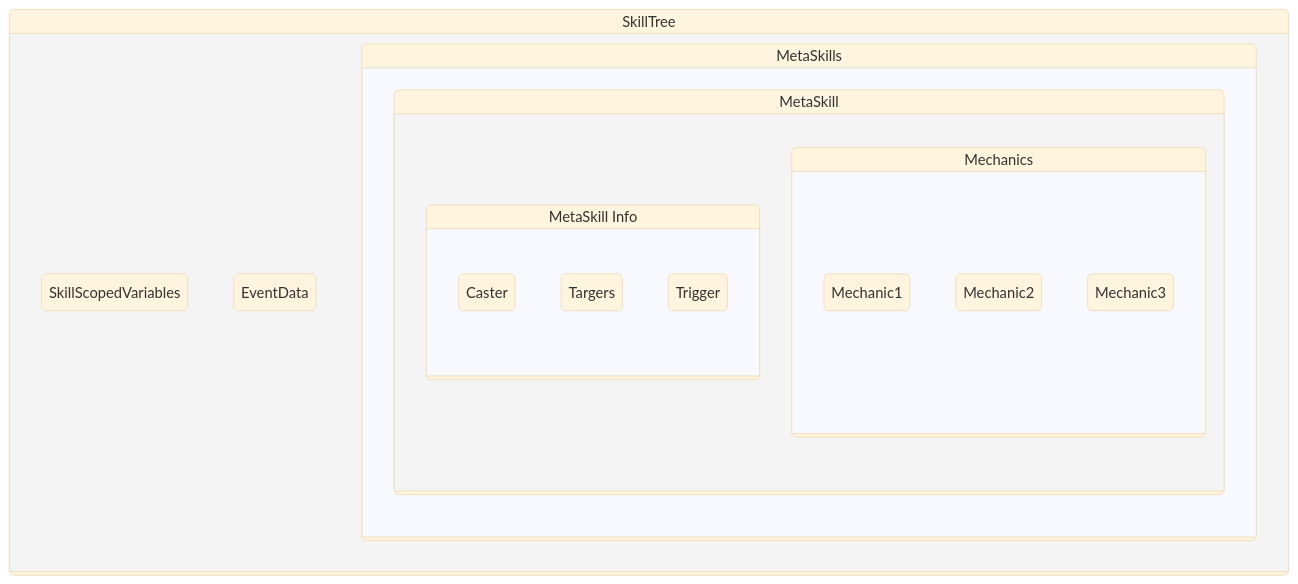
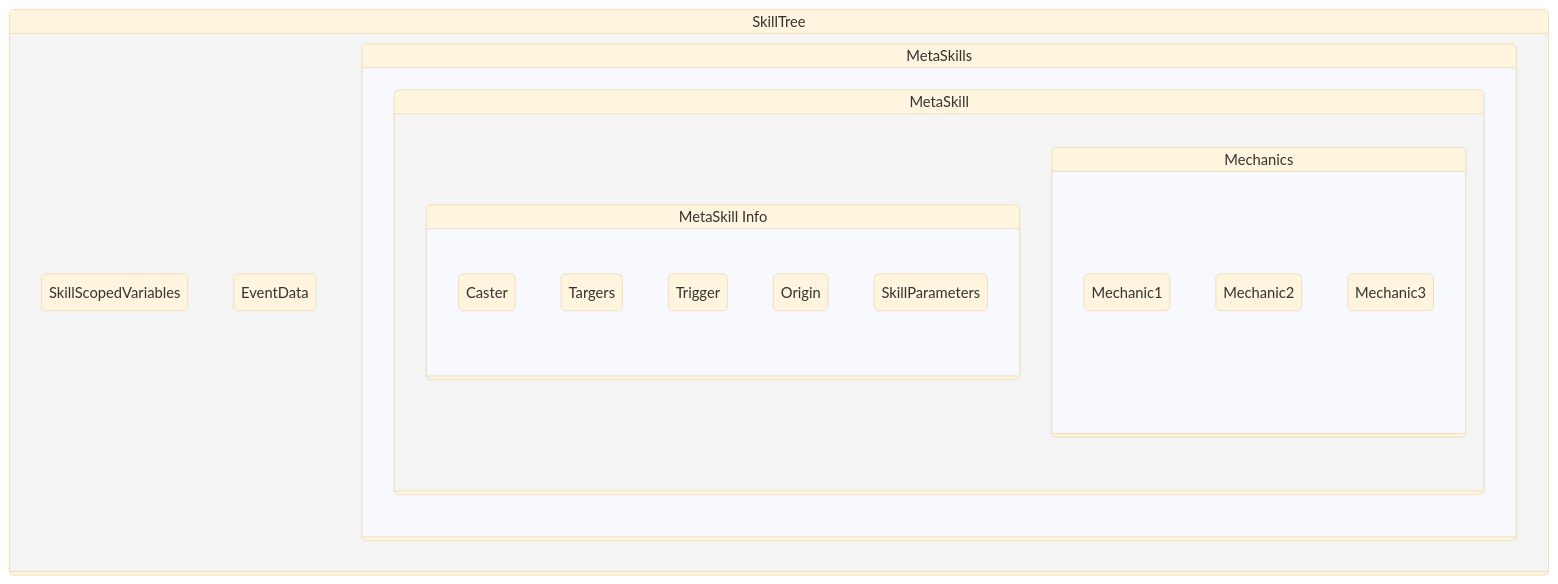
One commit to xiaoxianyu-office/mm changed the diagram in Skills/SkillTrees.md. Above: the diagram before and after it, drawn with Mermaid (base theme).

Commit message:
Update SkillTrees

````diff
--- a/Skills/SkillTrees.md
+++ b/Skills/SkillTrees.md
@@ -7,21 +7,23 @@
 ```mermaid
 stateDiagram-v2
     state SkillTree {
         SkillScopedVariables
         EventData
         state MetaSkills {
             state MetaSkill {
                 MetaSkillInfo: MetaSkill Info
                 state MetaSkillInfo {
                     Caster
                     Targers
                     Trigger
+                    Origin
+                    SkillParameters
                 }
                 state Mechanics {
                     Mechanic1 Mechanic2 Mechanic3
                 }
             }
             
         }
     }
 ```
````
